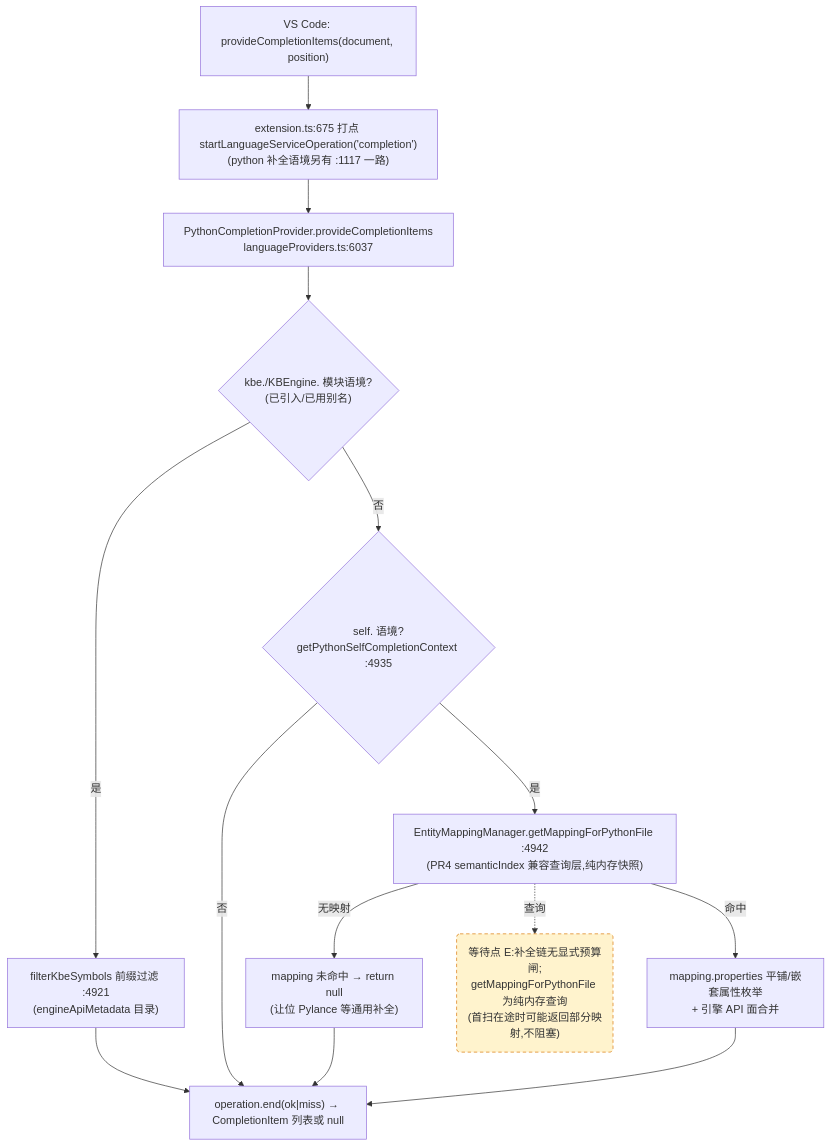
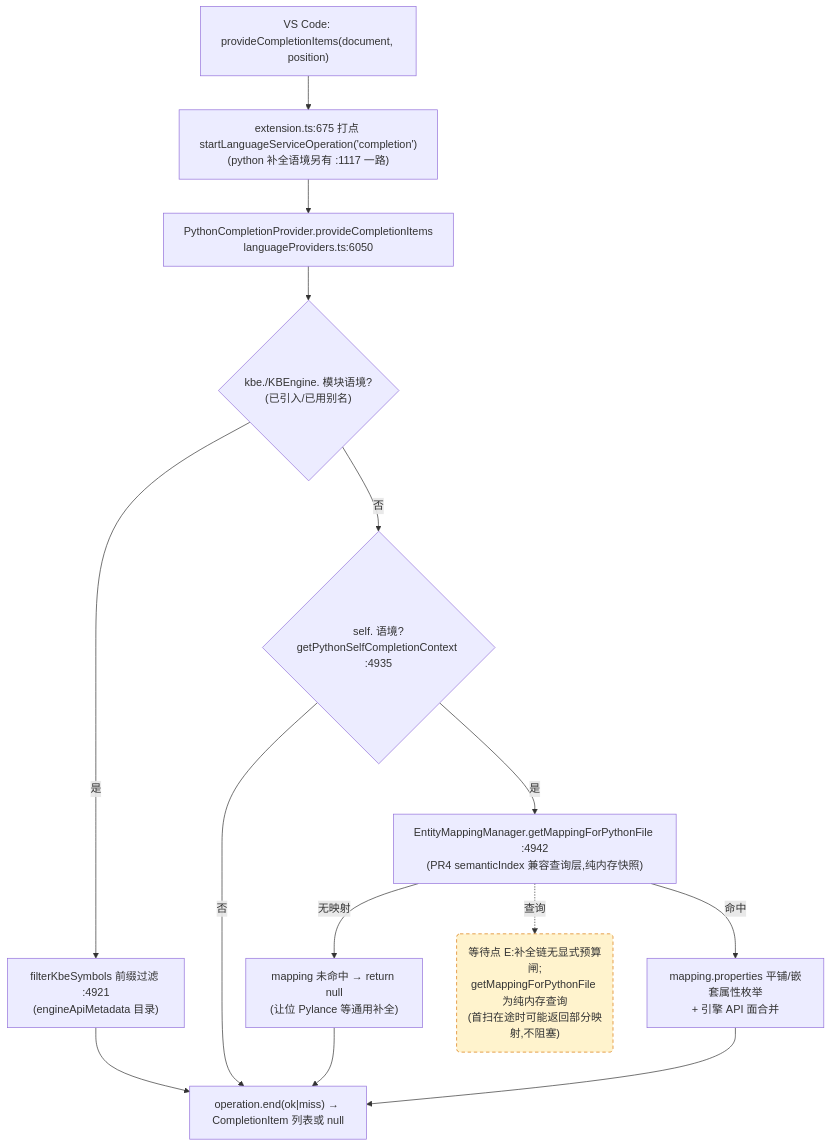
One commit to cuihairu/kode changed the third of 4 diagrams in docs/perf/2026-baseline.md. Above: the diagram before and after it, drawn with Mermaid. The commit also changed other lines of this file and 6 other files, not shown here.

````diff
--- a/docs/perf/2026-baseline.md
+++ b/docs/perf/2026-baseline.md
@@ -184,27 +184,27 @@
 ```mermaid
 flowchart TD
   VC3["VS Code: provideCompletionItems(document, position)"]
   M3["extension.ts:675 打点 startLanguageServiceOperation('completion')<br/>(python 补全语境另有 :1117 一路)"]
-  CP["PythonCompletionProvider.provideCompletionItems<br/>languageProviders.ts:6037"]
+  CP["PythonCompletionProvider.provideCompletionItems<br/>languageProviders.ts:6050"]
   KBEC{"kbe./KBEngine. 模块语境?<br/>(已引入/已用别名)"}
   FILTER["filterKbeSymbols 前缀过滤 :4921<br/>(engineApiMetadata 目录)"]
   SELFC{"self. 语境?<br/>getPythonSelfCompletionContext :4935"}
   MAP["EntityMappingManager.getMappingForPythonFile :4942<br/>(PR4 semanticIndex 兼容查询层,纯内存快照)"]
   NOMAP["mapping 未命中 → return null<br/>(让位 Pylance 等通用补全)"]
   PROPS["mapping.properties 平铺/嵌套属性枚举<br/>+ 引擎 API 面合并"]
   END3["operation.end(ok|miss) → CompletionItem 列表或 null"]
 
   VC3 --> M3 --> CP --> KBEC
   KBEC -- "是" --> FILTER --> END3
   KBEC -- "否" --> SELFC
   SELFC -- "否" --> END3
   SELFC -- "是" --> MAP
   MAP -- "无映射" --> NOMAP --> END3
   MAP -- "命中" --> PROPS --> END3
 
   WAITE("等待点 E:补全链无显式预算闸;<br/>getMappingForPythonFile 为纯内存查询<br/>(首扫在途时可能返回部分映射,不阻塞)")
   MAP -.->|查询| WAITE
 
   classDef waitPoint fill:#fff3cd,stroke:#d97706,stroke-dasharray:5 4;
   class WAITE waitPoint;
 ```
````
